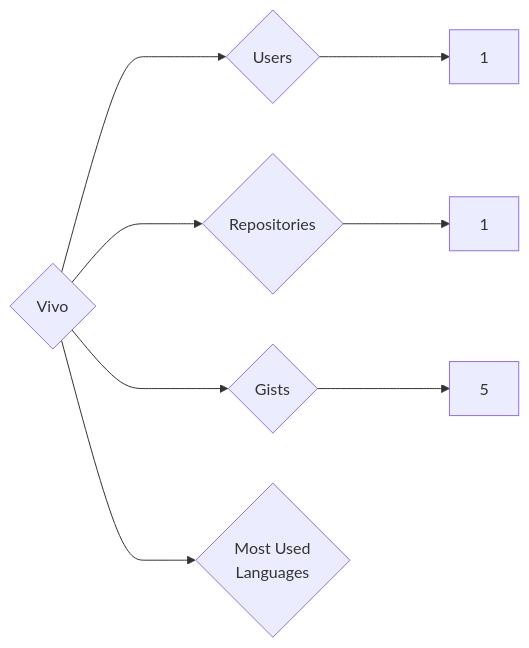
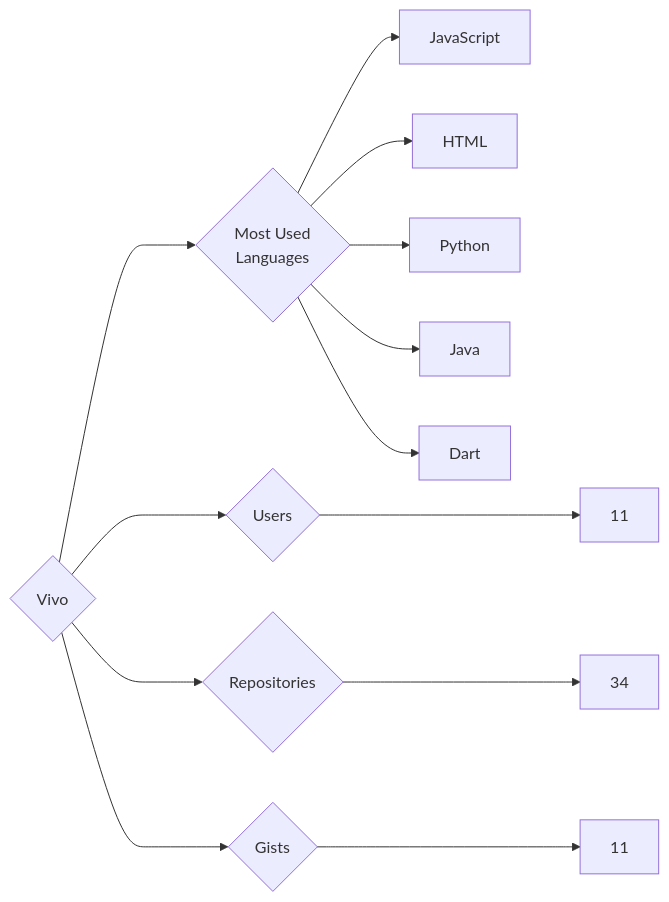
The diagram in targets/Vivo/README.md (trickest/insiders), drawn with Mermaid before and after one commit. The commit also changed 953 other files, not shown here.

````diff
--- a/targets/Vivo/README.md
+++ b/targets/Vivo/README.md
@@ -3,8 +3,13 @@
 ```mermaid
 graph LR
 COMPANY_NAME{Vivo}
-COMPANY_NAME ---> U{Users} ---> UN[1]
-COMPANY_NAME ---> R{Repositories} ---> RN[1]
-COMPANY_NAME ---> G{Gists} ---> GN[5]
+COMPANY_NAME ---> U{Users} ---> UN[11]
+COMPANY_NAME ---> R{Repositories} ---> RN[34]
+COMPANY_NAME ---> G{Gists} ---> GN[11]
 COMPANY_NAME ---> ML{Most Used<br>Languages}
+ML --> JavaScript[JavaScript]
+ML --> HTML[HTML]
+ML --> Python[Python]
+ML --> Java[Java]
+ML --> Dart[Dart]
 ```
````
